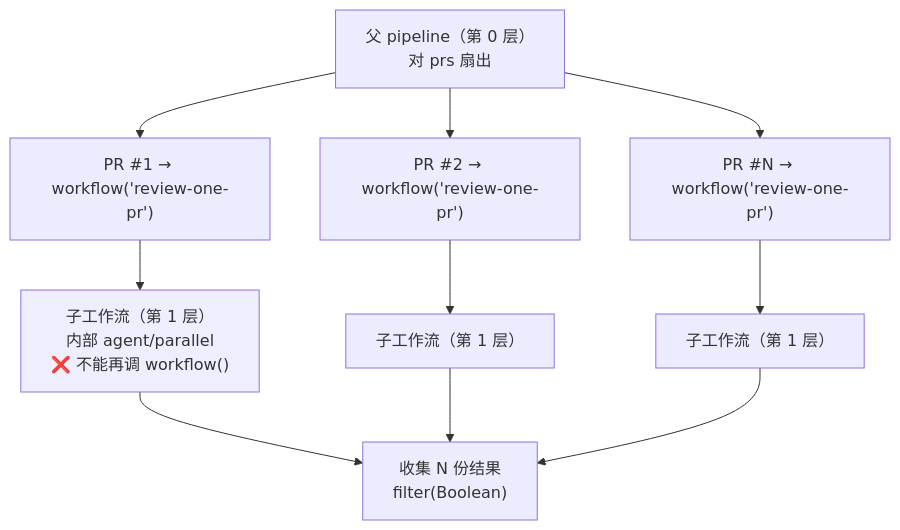
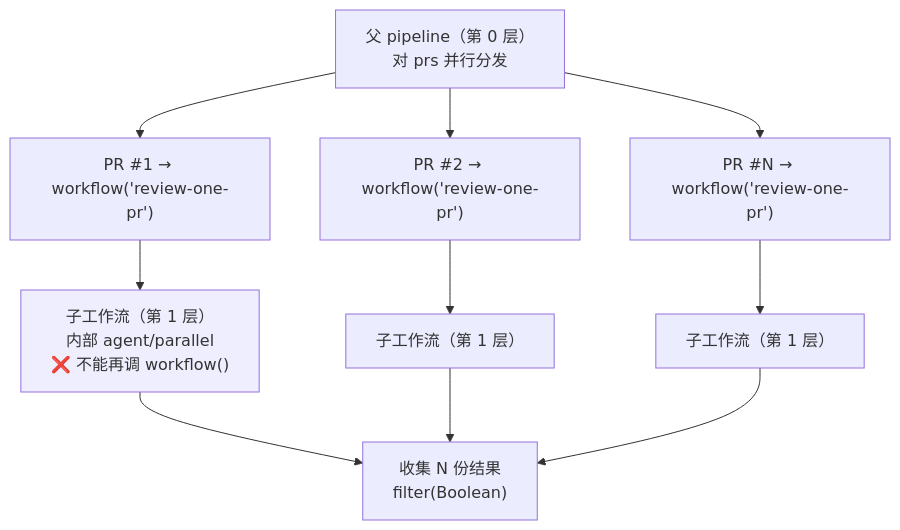
One commit to AGI-is-going-to-arrive/workflow-cookbook changed the fourth of 4 diagrams in docs/zh/p4-20-nested.md. Above: the diagram before and after it, drawn with Mermaid. The commit also changed other lines of this file and 78 other files, not shown here.

````diff
--- a/docs/zh/p4-20-nested.md
+++ b/docs/zh/p4-20-nested.md
@@ -278,11 +278,11 @@
 ```mermaid
 flowchart TD
-    P["父 pipeline（第 0 层）<br/>对 prs 扇出"] --> I1["PR #1 → workflow('review-one-pr')"]
+    P["父 pipeline（第 0 层）<br/>对 prs 并行分发"] --> I1["PR #1 → workflow('review-one-pr')"]
     P --> I2["PR #2 → workflow('review-one-pr')"]
     P --> I3["PR #N → workflow('review-one-pr')"]
     I1 --> C1["子工作流（第 1 层）<br/>内部 agent/parallel<br/>❌ 不能再调 workflow()"]
     I2 --> C2["子工作流（第 1 层）"]
     I3 --> C3["子工作流（第 1 层）"]
     C1 & C2 & C3 --> R["收集 N 份结果<br/>filter(Boolean)"]
     style C1 fill:#eef
 ```
````
